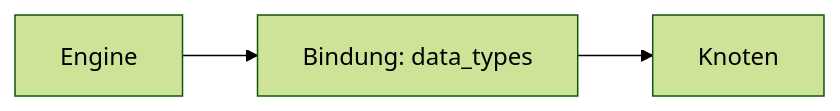
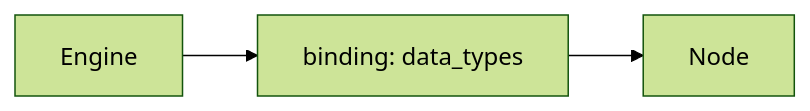
The fifth of 50 diagrams in docs/NewConcept/10-domain-core.md (sfambach/wp-taxonomy-modeler), drawn with Mermaid (forest theme) before and after one commit. The commit also changed other lines of this file and 4 other files, not shown here.

First line of the commit message:
Diagramme auf Englisch, Sachnamen bleiben

````diff
--- a/docs/NewConcept/10-domain-core.md
+++ b/docs/NewConcept/10-domain-core.md
@@ -394,4 +394,4 @@
 ```mermaid
 flowchart LR
-  E["Engine"] --> S["Bindung: data_types"] --> N["Knoten"]
+  E["Engine"] --> S["binding: data_types"] --> N["Node"]
 ```
````
